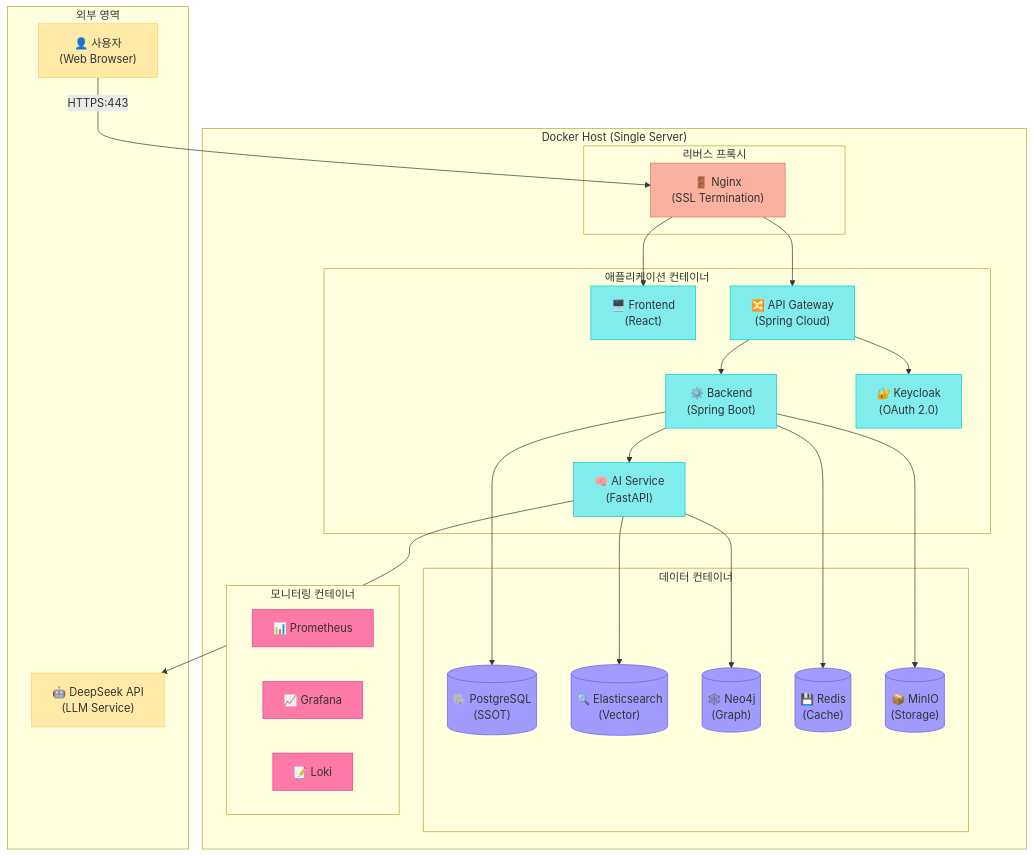
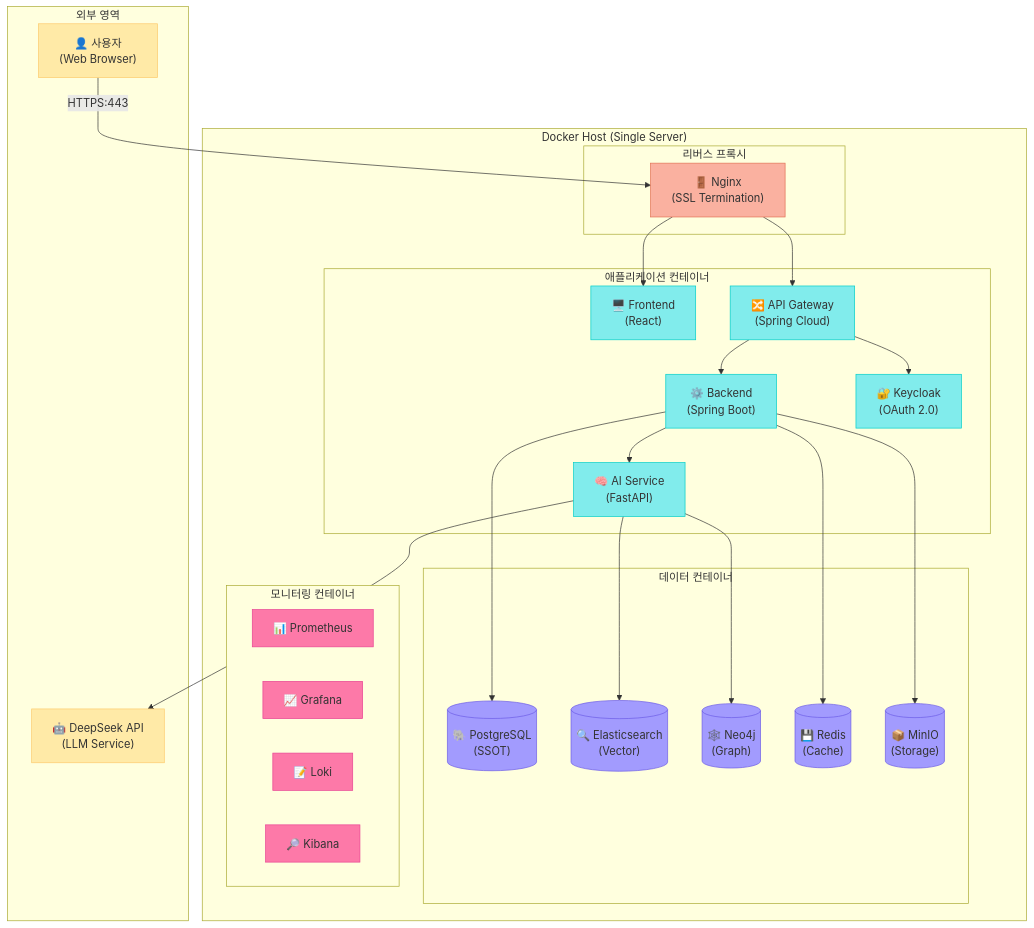
Before and after one commit to k82022603/hybrid-rag-knowledge-ops: the first of 6 diagrams in knowledge_service/docs/02_design/infrastructure_detailed_design.md, drawn with Mermaid. The commit also changed other lines of this file and 51 other files, not shown here.

````diff
--- a/knowledge_service/docs/02_design/infrastructure_detailed_design.md
+++ b/knowledge_service/docs/02_design/infrastructure_detailed_design.md
@@ -85,60 +86,61 @@
 ```mermaid
 flowchart TB
     subgraph External["외부 영역"]
         Users["👤 사용자<br/>(Web Browser)"]
         DeepSeek["🤖 DeepSeek API<br/>(LLM Service)"]
     end
 
     subgraph Host["Docker Host (Single Server)"]
         subgraph Proxy["리버스 프록시"]
             Nginx["🚪 Nginx<br/>(SSL Termination)"]
         end
 
         subgraph App["애플리케이션 컨테이너"]
             FE["🖥️ Frontend<br/>(React)"]
             GW["🔀 API Gateway<br/>(Spring Cloud)"]
             BE["⚙️ Backend<br/>(Spring Boot)"]
             AI["🧠 AI Service<br/>(FastAPI)"]
             KC["🔐 Keycloak<br/>(OAuth 2.0)"]
         end
 
         subgraph Data["데이터 컨테이너"]
             PG[("🐘 PostgreSQL<br/>(SSOT)")]
             ES[("🔍 Elasticsearch<br/>(Vector)")]
             Neo[("🕸️ Neo4j<br/>(Graph)")]
             Redis[("💾 Redis<br/>(Cache)")]
             MinIO[("📦 MinIO<br/>(Storage)")]
         end
 
         subgraph Monitor["모니터링 컨테이너"]
             Prometheus["📊 Prometheus"]
             Grafana["📈 Grafana"]
             Loki["📝 Loki"]
+            Kibana["🔎 Kibana"]
         end
     end
 
     Users -->|"HTTPS:443"| Nginx
     Nginx --> FE
     Nginx --> GW
     GW --> KC
     GW --> BE
     BE --> AI
     BE --> PG
     BE --> Redis
     AI --> ES
     AI --> Neo
     AI --> DeepSeek
     BE --> MinIO
 
     classDef external fill:#ffeaa7,stroke:#fdcb6e
     classDef proxy fill:#fab1a0,stroke:#e17055
     classDef app fill:#81ecec,stroke:#00cec9
     classDef data fill:#a29bfe,stroke:#6c5ce7
     classDef monitor fill:#fd79a8,stroke:#e84393
 
     class Users,DeepSeek external
     class Nginx proxy
     class FE,GW,BE,AI,KC app
     class PG,ES,Neo,Redis,MinIO data
-    class Prometheus,Grafana,Loki monitor
+    class Prometheus,Grafana,Loki,Kibana monitor
 ```
````
